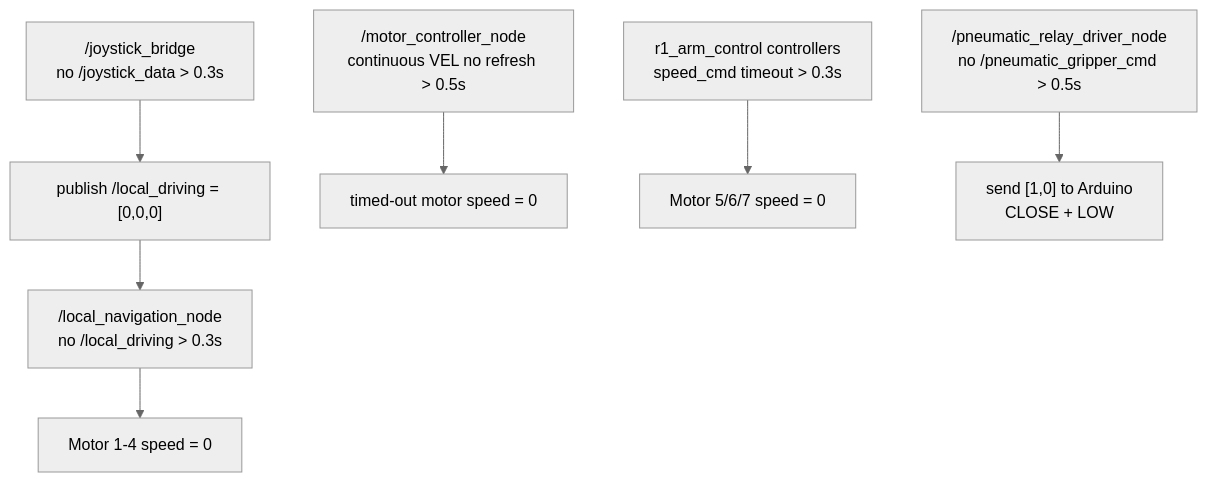
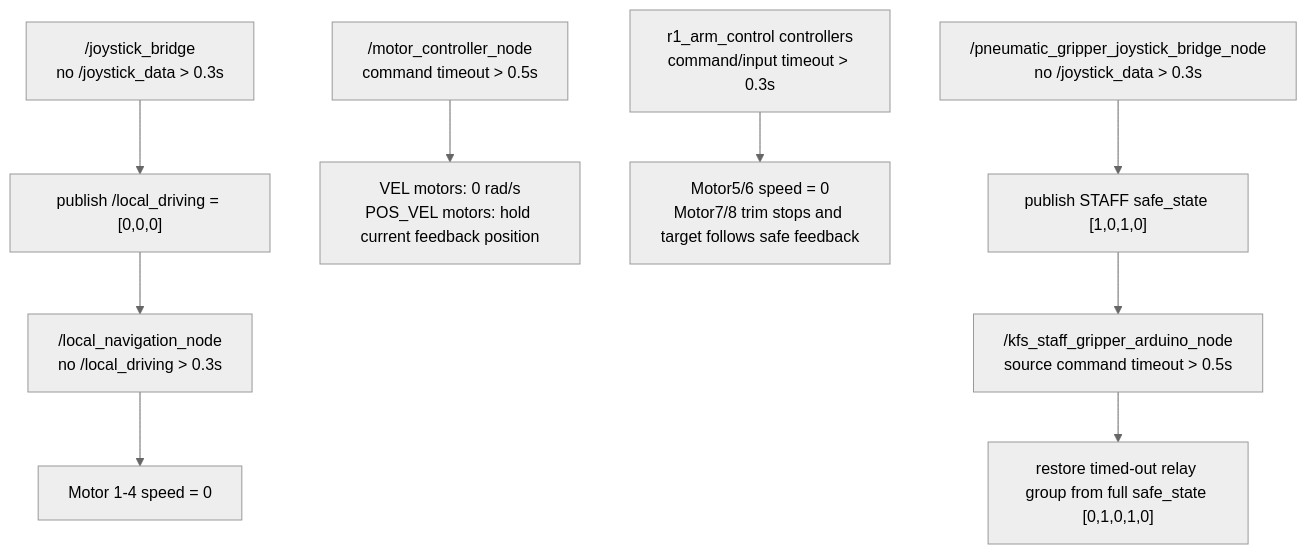
One commit to herolch07/joystck_controller changed the sixth of 11 diagrams in NODE_GRAPH.md. Above: the diagram before and after it, drawn with Mermaid (neutral theme). The commit also changed other lines of this file and 18 other files, not shown here.

First line of the commit message:
docs: sync R1 operation docs with current source

````diff
--- a/NODE_GRAPH.md
+++ b/NODE_GRAPH.md
@@ -250,22 +264,25 @@
 ```mermaid
 flowchart TD
     A["/joystick_bridge<br/>no /joystick_data > 0.3s"]
     B["publish /local_driving = [0,0,0]"]
 
     C["/local_navigation_node<br/>no /local_driving > 0.3s"]
     D["Motor 1-4 speed = 0"]
 
-    E["/motor_controller_node<br/>continuous VEL no refresh > 0.5s"]
-    F["timed-out motor speed = 0"]
+    E["/motor_controller_node<br/>command timeout > 0.5s"]
+    F["VEL motors: 0 rad/s<br/>POS_VEL motors: hold current feedback position"]
 
-    G["r1_arm_control controllers<br/>speed_cmd timeout > 0.3s"]
-    H["Motor 5/6/7 speed = 0"]
+    G["r1_arm_control controllers<br/>command/input timeout > 0.3s"]
+    H["Motor5/6 speed = 0<br/>Motor7/8 trim stops and target follows safe feedback"]
 
-    I["/pneumatic_relay_driver_node<br/>no /pneumatic_gripper_cmd > 0.5s"]
-    J["send [1,0] to Arduino<br/>CLOSE + LOW"]
+    I["/pneumatic_gripper_joystick_bridge_node<br/>no /joystick_data > 0.3s"]
+    J["publish STAFF safe_state [1,0,1,0]"]
+
+    K["/kfs_staff_gripper_arduino_node<br/>source command timeout > 0.5s"]
+    L["restore timed-out relay group from full safe_state [0,1,0,1,0]"]
 
     A --> B --> C --> D
     E --> F
     G --> H
-    I --> J
+    I --> J --> K --> L
 ```
````
